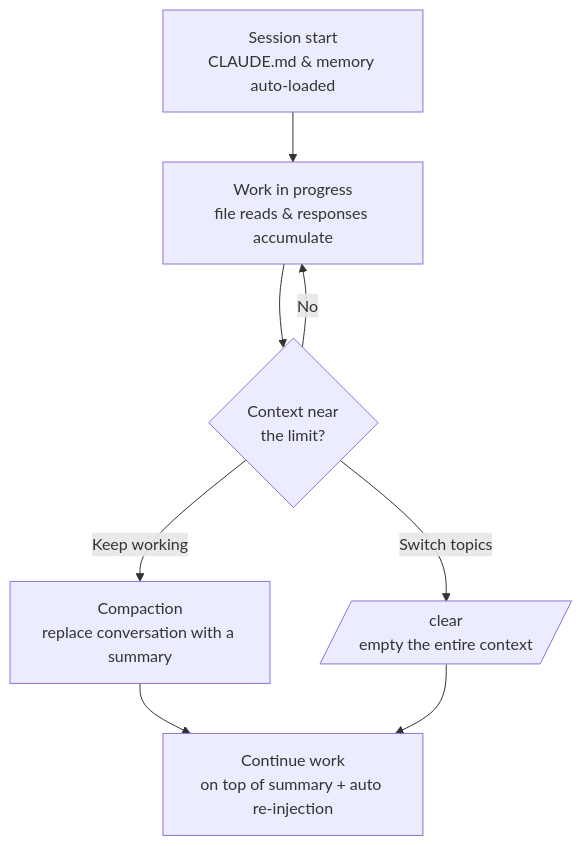
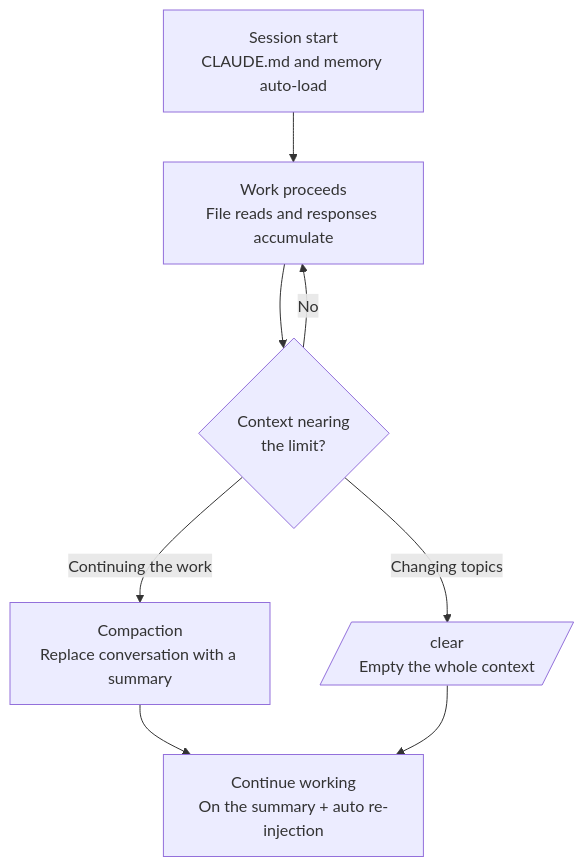
Before and after one commit to modu-ai/moai-adk: the diagram in docs-site/content/en/claude-code/context-memory/context-window.md, drawn with Mermaid. The commit also changed other lines of this file and 395 other files, not shown here.

````diff
--- a/docs-site/content/en/claude-code/context-memory/context-window.md
+++ b/docs-site/content/en/claude-code/context-memory/context-window.md
@@ -91,10 +91,10 @@
 ```mermaid
 flowchart TD
-    A[Session start<br>CLAUDE.md & memory auto-loaded] --> B[Work in progress<br>file reads & responses accumulate]
-    B --> C{Context near<br>the limit?}
+    A[Session start<br>CLAUDE.md and memory auto-load] --> B[Work proceeds<br>File reads and responses accumulate]
+    B --> C{Context nearing<br>the limit?}
     C -->|No| B
-    C -->|Keep working| D[Compaction<br>replace conversation with a summary]
-    C -->|Switch topics| E[/clear<br>empty the entire context/]
-    D --> F[Continue work<br>on top of summary + auto re-injection]
+    C -->|Continuing the work| D[Compaction<br>Replace conversation with a summary]
+    C -->|Changing topics| E[/clear<br>Empty the whole context/]
+    D --> F[Continue working<br>On the summary + auto re-injection]
     E --> F
 ```
````
